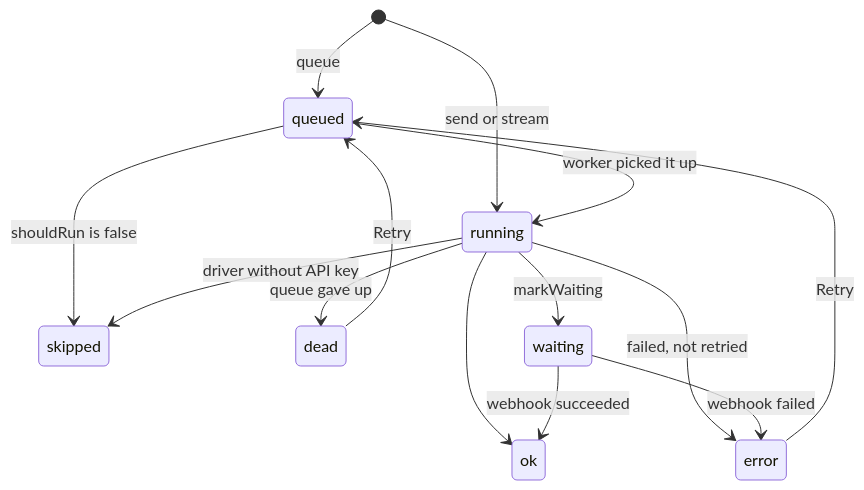
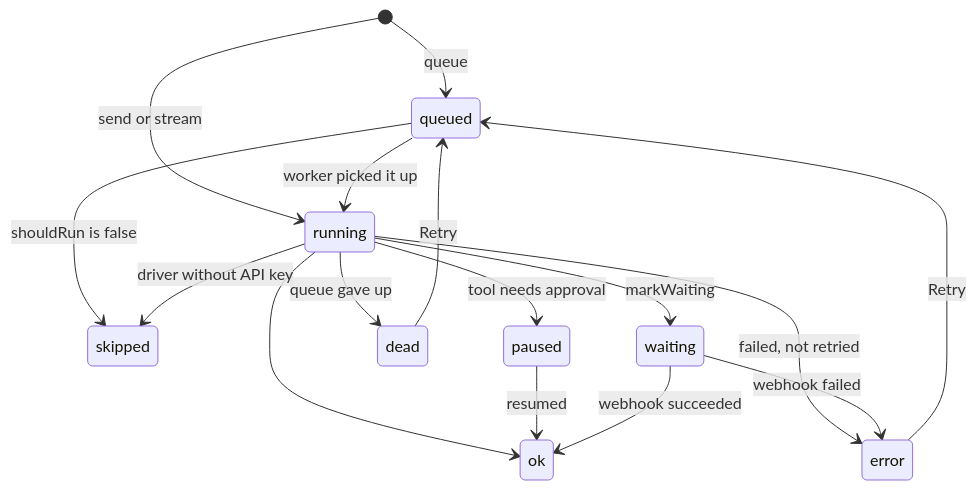
Before and after one commit to fomvasss/laravel-ai-tasks: the diagram in docs/reference/ai-runs.md, drawn with Mermaid. The commit also changed other lines of this file and 20 other files, not shown here.

Commit message:
feat: resume runs paused for tool approval with AI::resume() (3.35.0)

````diff
--- a/docs/reference/ai-runs.md
+++ b/docs/reference/ai-runs.md
@@ -43,16 +44,18 @@
 ```mermaid
 stateDiagram-v2
     [*] --> queued: queue
     [*] --> running: send or stream
     queued --> running: worker picked it up
     queued --> skipped: shouldRun is false
     running --> ok
+    running --> paused: tool needs approval
+    paused --> ok: resumed
     running --> error: failed, not retried
     running --> dead: queue gave up
     running --> skipped: driver without API key
     running --> waiting: markWaiting
     waiting --> ok: webhook succeeded
     waiting --> error: webhook failed
     error --> queued: Retry
     dead --> queued: Retry
 ```
````
